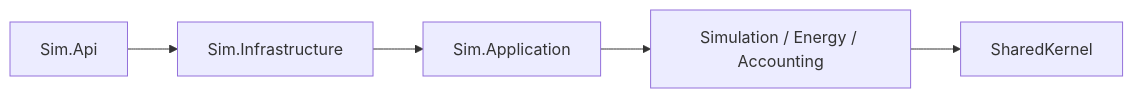
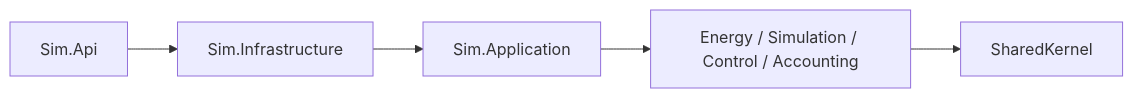
The fifth of 5 diagrams in docs/c4.md (isaacgarciawh3/EnergySimulator), drawn with Mermaid before and after one commit. The commit also changed other lines of this file and 26 other files, not shown here.

````diff
--- a/docs/c4.md
+++ b/docs/c4.md
@@ -120,4 +134,4 @@
 ```mermaid
 flowchart LR
-    API2["Sim.Api"] --> INFRA["Sim.Infrastructure"] --> APP2["Sim.Application"] --> CTX["Simulation / Energy / Accounting"] --> SK2["SharedKernel"]
+    API2["Sim.Api"] --> INFRA["Sim.Infrastructure"] --> APP2["Sim.Application"] --> CTX["Energy / Simulation / Control / Accounting"] --> SK2["SharedKernel"]
 ```
````
